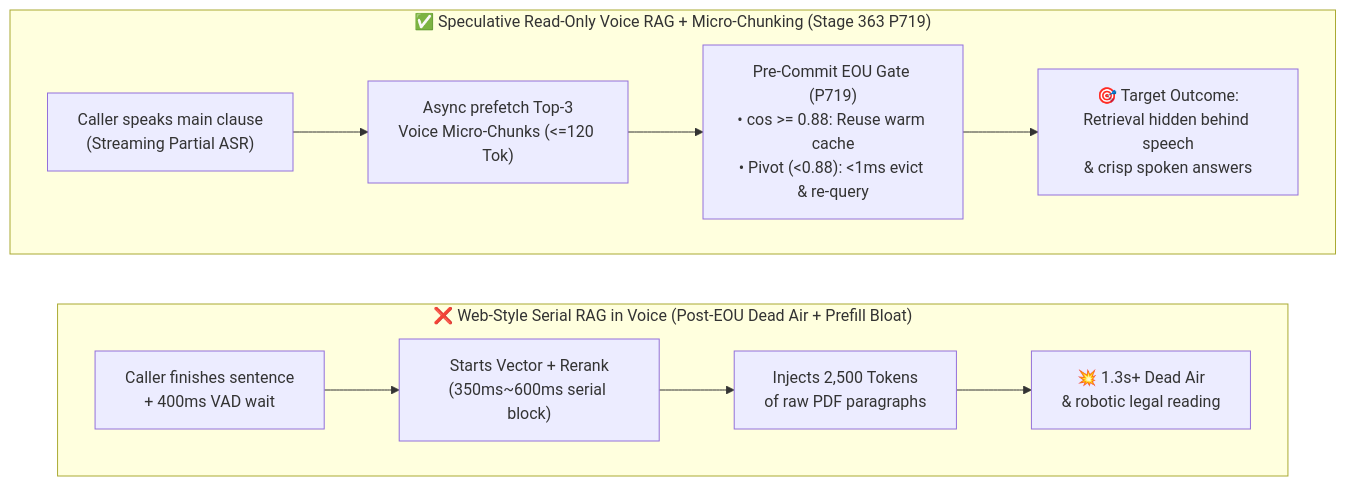
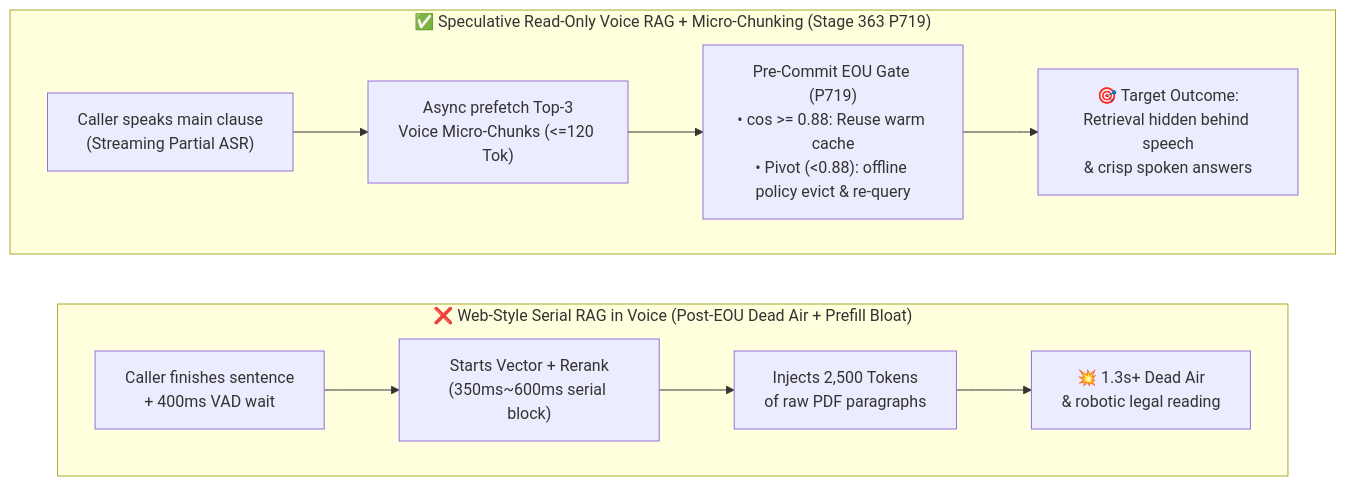
Before and after one commit to turbo998/turbo998.github.io: the second of 3 diagrams in voice/speculative-voice-rag-faq.en.md, drawn with Mermaid. The commit also changed other lines of this file and 43 other files, not shown here.

````diff
--- a/voice/speculative-voice-rag-faq.en.md
+++ b/voice/speculative-voice-rag-faq.en.md
@@ -72,16 +72,16 @@
 ```mermaid
 flowchart LR
     subgraph Legacy["❌ Web-Style Serial RAG in Voice (Post-EOU Dead Air + Prefill Bloat)"]
         direction LR
         L1["Caller finishes sentence\n+ 400ms VAD wait"] --> L2["Starts Vector + Rerank\n(350ms~600ms serial block)"]
         L2 --> L3["Injects 2,500 Tokens\nof raw PDF paragraphs"]
         L3 --> L4["💥 1.3s+ Dead Air\n& robotic legal reading"]
     end
 
     subgraph Modern["✅ Speculative Read-Only Voice RAG + Micro-Chunking (Stage 363 P719)"]
         direction LR
         M1["Caller speaks main clause\n(Streaming Partial ASR)"] --> M2["Async prefetch Top-3\nVoice Micro-Chunks (<=120 Tok)"]
-        M2 --> M3["Pre-Commit EOU Gate (P719)\n• cos >= 0.88: Reuse warm cache\n• Pivot (<0.88): <1ms evict & re-query"]
+        M2 --> M3["Pre-Commit EOU Gate (P719)\n• cos >= 0.88: Reuse warm cache\n• Pivot (<0.88): offline policy evict & re-query"]
         M3 --> M4["🎯 Target Outcome:\nRetrieval hidden behind speech\n& crisp spoken answers"]
     end
 ```
````
